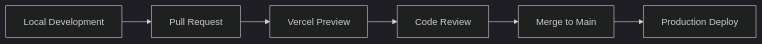
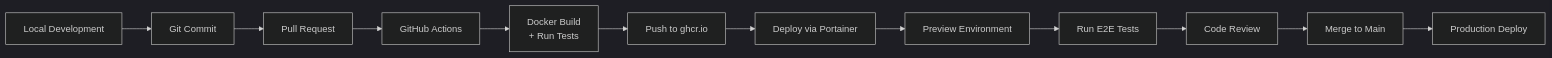
Before and after one commit to joshshaloo/project-unify: the second of 2 diagrams in docs/architecture.md, drawn with Mermaid (dark theme). The commit also changed other lines of this file and 114 other files, not shown here.

````diff
--- a/docs/architecture.md
+++ b/docs/architecture.md
@@ -281,8 +554,14 @@
 ```mermaid
 graph LR
-    Dev[Local Development] --> PR[Pull Request]
-    PR --> Preview[Vercel Preview]
-    Preview --> Review[Code Review]
+    Dev[Local Development] --> Commit[Git Commit]
+    Commit --> PR[Pull Request]
+    PR --> GHA[GitHub Actions]
+    GHA --> Build[Docker Build<br/>+ Run Tests]
+    Build --> GHCR[Push to ghcr.io]
+    GHCR --> Deploy[Deploy via Portainer]
+    Deploy --> Preview[Preview Environment]
+    Preview --> E2E[Run E2E Tests]
+    E2E --> Review[Code Review]
     Review --> Merge[Merge to Main]
     Merge --> Prod[Production Deploy]
 ```
````
